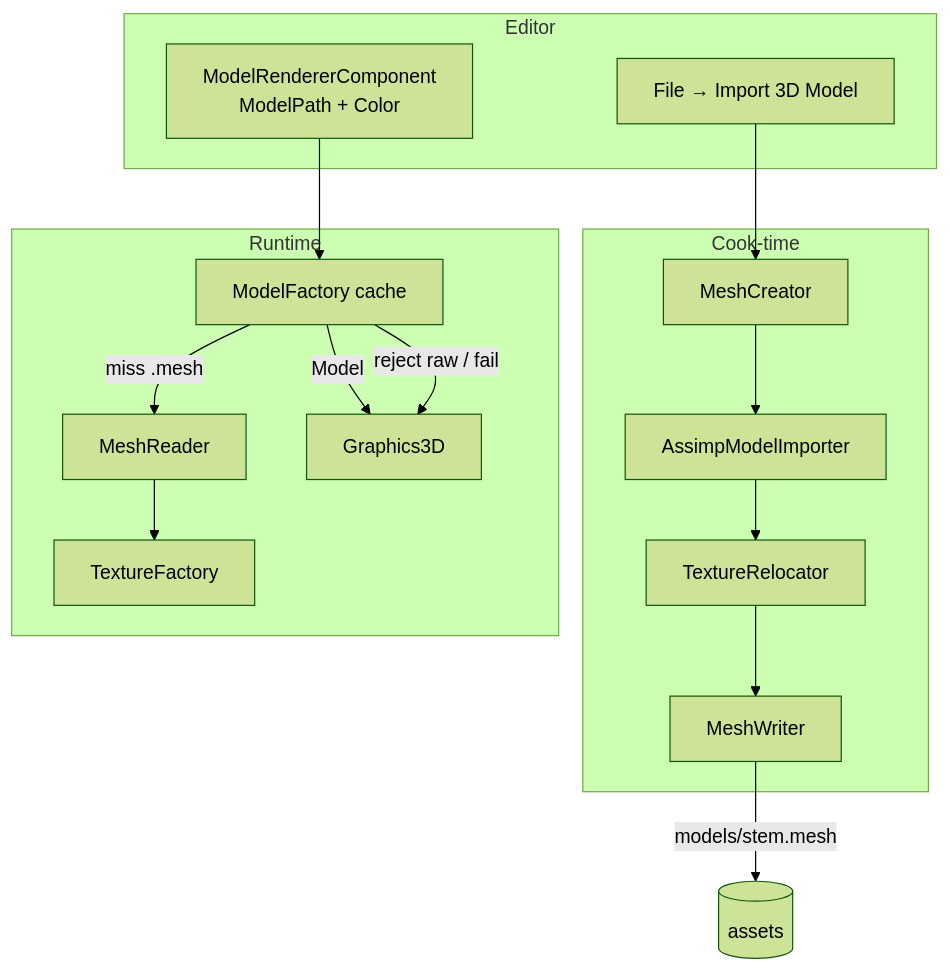
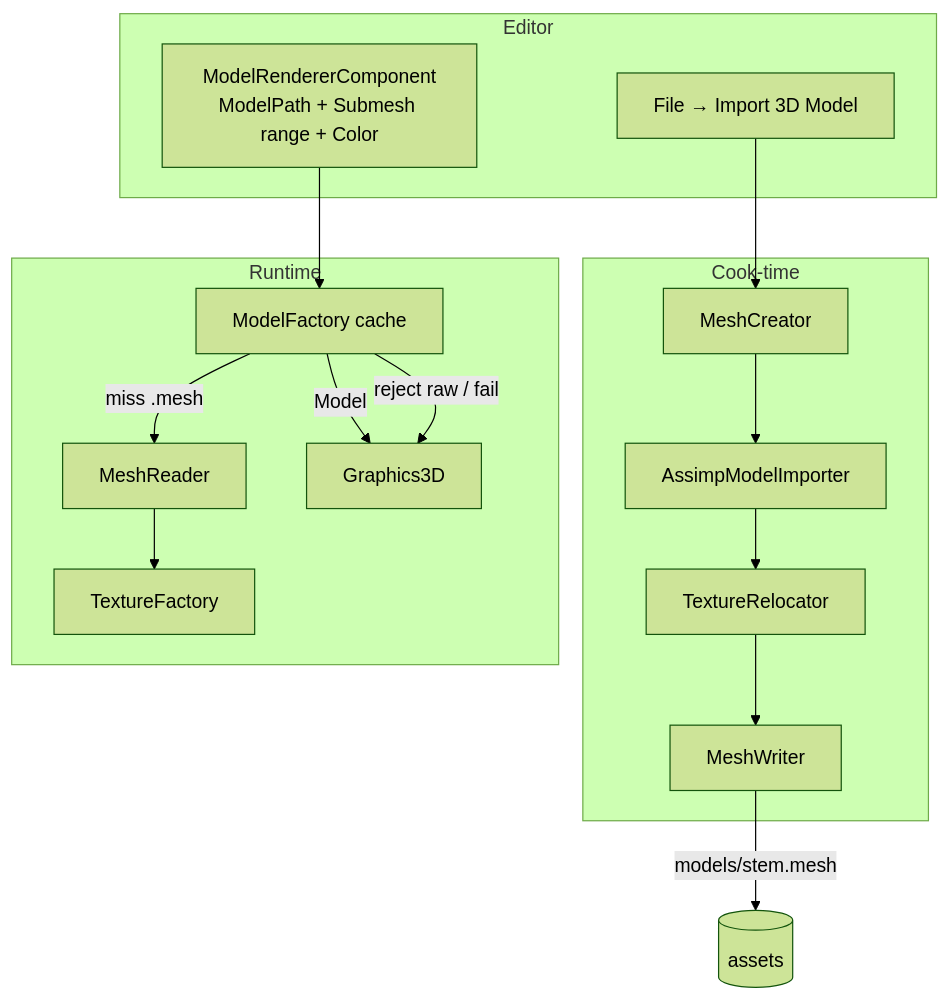
The first of 2 diagrams in docs/specs/3d-model-loading/developer-guide.md (kateusz/GameEngine), drawn with Mermaid (forest theme) before and after one commit. The commit also changed other lines of this file and 21 other files, not shown here.

````diff
--- a/docs/specs/3d-model-loading/developer-guide.md
+++ b/docs/specs/3d-model-loading/developer-guide.md
@@ -117,32 +121,32 @@
 ```mermaid
 flowchart TB
   subgraph editor [Editor]
     IMP[File → Import 3D Model]
-    MRC[ModelRendererComponent<br/>ModelPath + Color]
+    MRC[ModelRendererComponent<br/>ModelPath + Submesh range + Color]
   end
 
   subgraph cook [Cook-time]
     MB[MeshCreator]
     AI[AssimpModelImporter]
     TR[TextureRelocator]
     MW[MeshWriter]
   end
 
   subgraph runtime [Runtime]
     MF[ModelFactory cache]
     MR[MeshReader]
     TF[TextureFactory]
     G3D[Graphics3D]
   end
 
   IMP --> MB
   MB --> AI
   AI --> TR
   TR --> MW
   MW -->|models/stem.mesh| Disk[(assets)]
   MRC --> MF
   MF -->|miss .mesh| MR
   MR --> TF
   MF -->|Model| G3D
   MF -->|reject raw / fail| G3D
 ```
````
